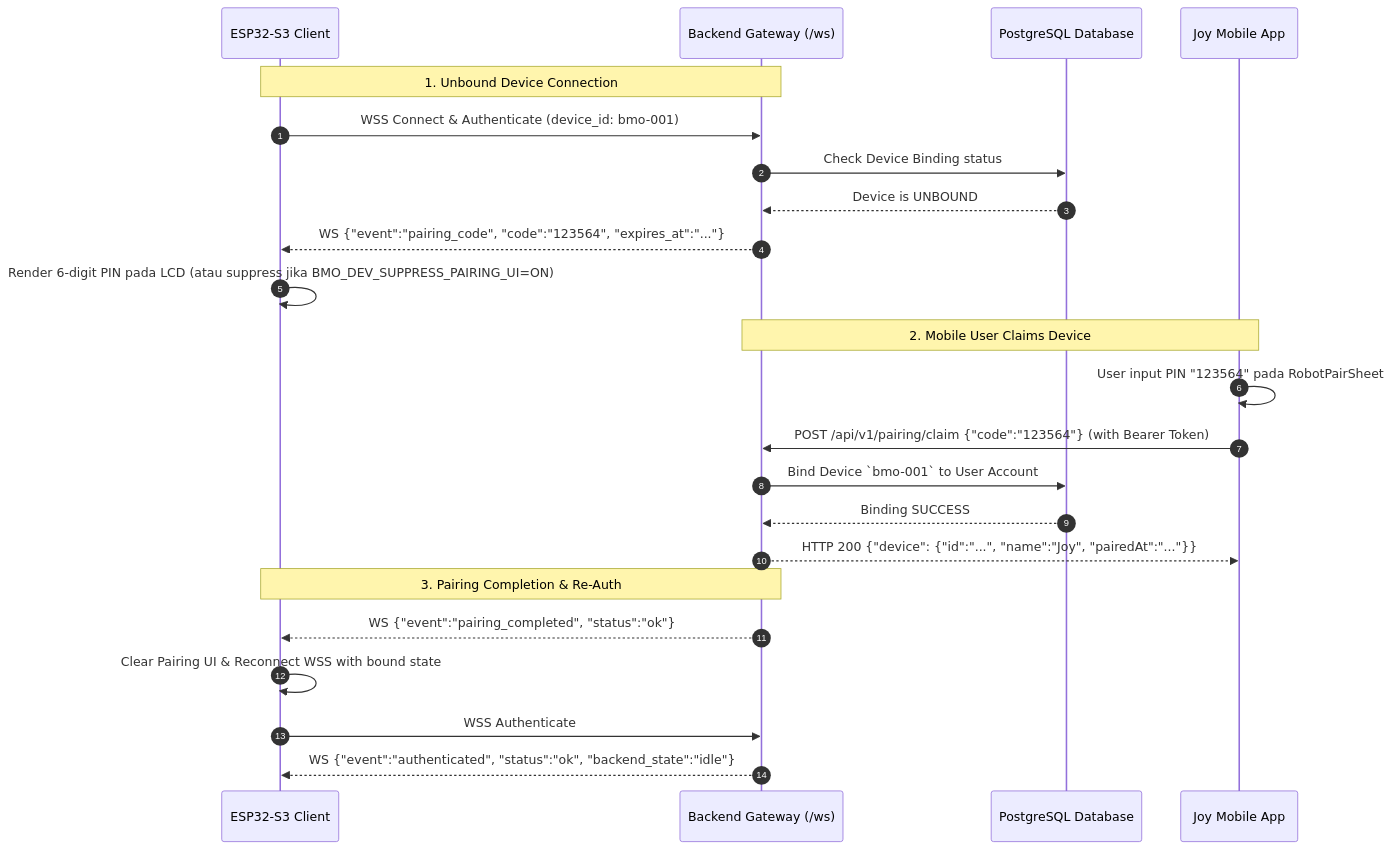
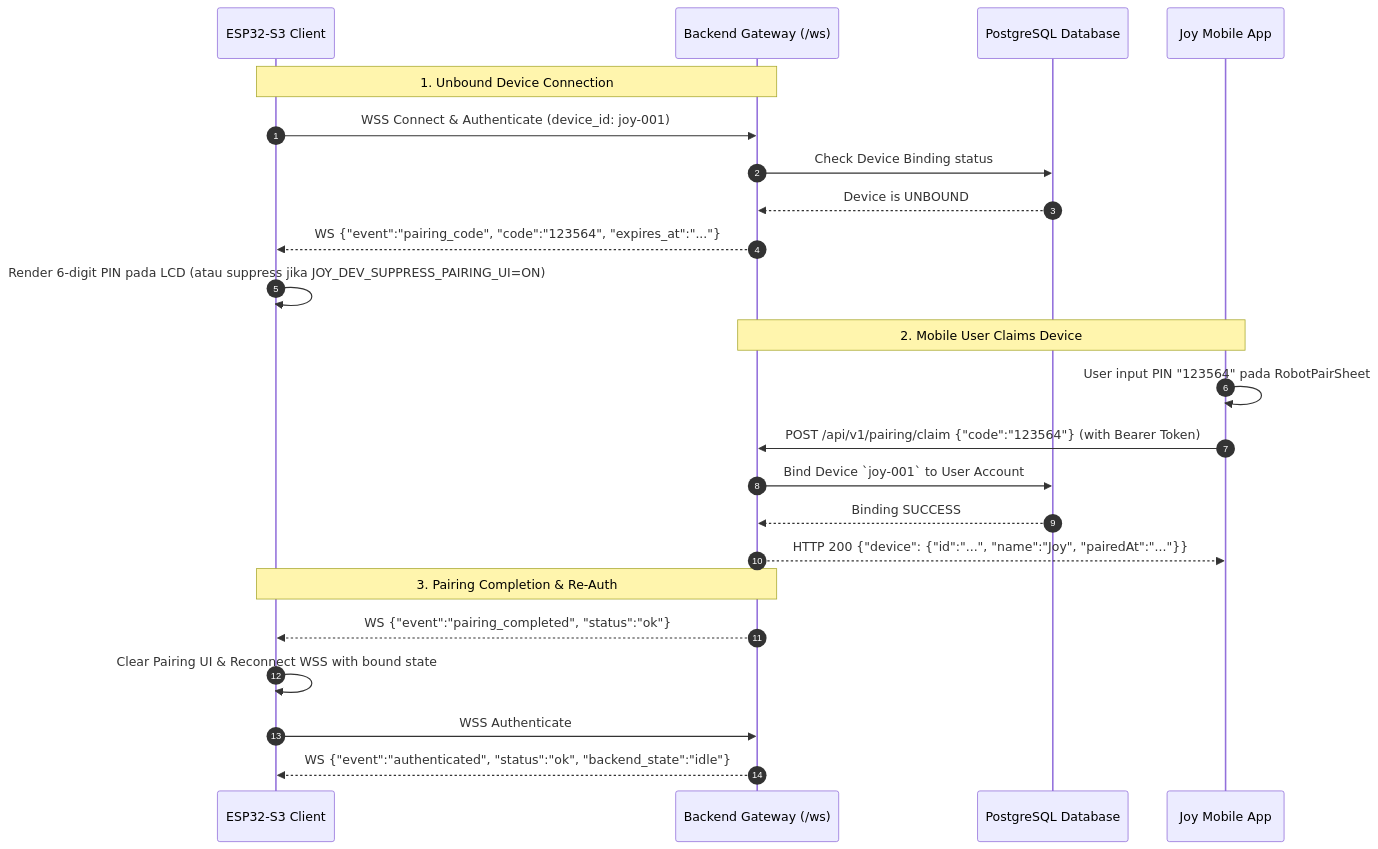
The third of 3 diagrams in docs-config-ESPtoBACKEND/08-ECOSYSTEM-INTEGRATION-GUIDE.md (niefaviolenic/BMO-1-2), drawn with Mermaid before and after one commit. The commit also changed other lines of this file and 29 other files, not shown here.

````diff
--- a/docs-config-ESPtoBACKEND/08-ECOSYSTEM-INTEGRATION-GUIDE.md
+++ b/docs-config-ESPtoBACKEND/08-ECOSYSTEM-INTEGRATION-GUIDE.md
@@ -126,28 +126,28 @@
 ```mermaid
 sequenceDiagram
     autonumber
     participant ESP as ESP32-S3 Client
     participant WSS as Backend Gateway (/ws)
     participant DB as PostgreSQL Database
     participant Mob as Joy Mobile App
 
     Note over ESP,WSS: 1. Unbound Device Connection
-    ESP->>WSS: WSS Connect & Authenticate (device_id: bmo-001)
+    ESP->>WSS: WSS Connect & Authenticate (device_id: joy-001)
     WSS->>DB: Check Device Binding status
     DB-->>WSS: Device is UNBOUND
     WSS-->>ESP: WS {"event":"pairing_code", "code":"123564", "expires_at":"..."}
-    ESP->>ESP: Render 6-digit PIN pada LCD (atau suppress jika BMO_DEV_SUPPRESS_PAIRING_UI=ON)
+    ESP->>ESP: Render 6-digit PIN pada LCD (atau suppress jika JOY_DEV_SUPPRESS_PAIRING_UI=ON)
 
     Note over Mob,WSS: 2. Mobile User Claims Device
     Mob->>Mob: User input PIN "123564" pada RobotPairSheet
     Mob->>WSS: POST /api/v1/pairing/claim {"code":"123564"} (with Bearer Token)
-    WSS->>DB: Bind Device `bmo-001` to User Account
+    WSS->>DB: Bind Device `joy-001` to User Account
     DB-->>WSS: Binding SUCCESS
     WSS-->>Mob: HTTP 200 {"device": {"id":"...", "name":"Joy", "pairedAt":"..."}}
 
     Note over WSS,ESP: 3. Pairing Completion & Re-Auth
     WSS-->>ESP: WS {"event":"pairing_completed", "status":"ok"}
     ESP->>ESP: Clear Pairing UI & Reconnect WSS with bound state
     ESP->>WSS: WSS Authenticate
     WSS-->>ESP: WS {"event":"authenticated", "status":"ok", "backend_state":"idle"}
 ```
````
